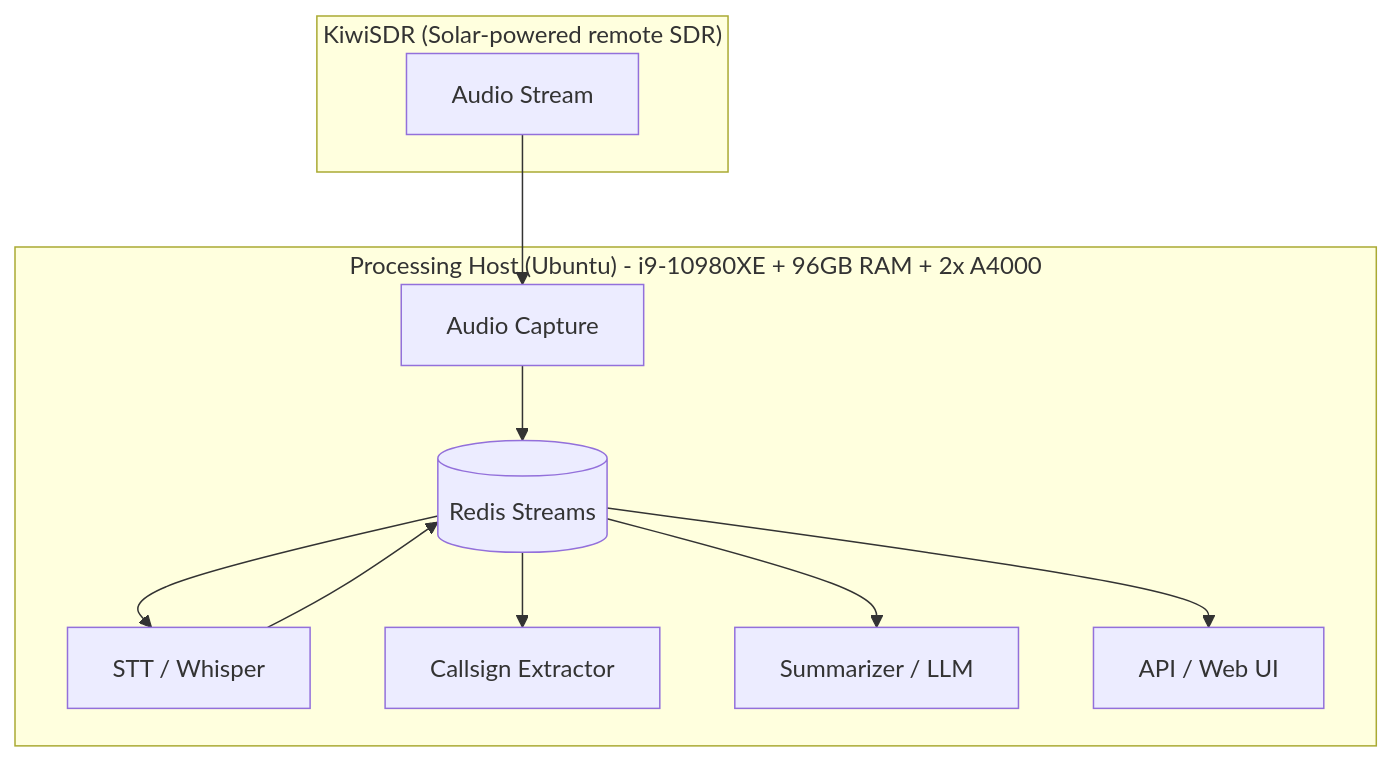
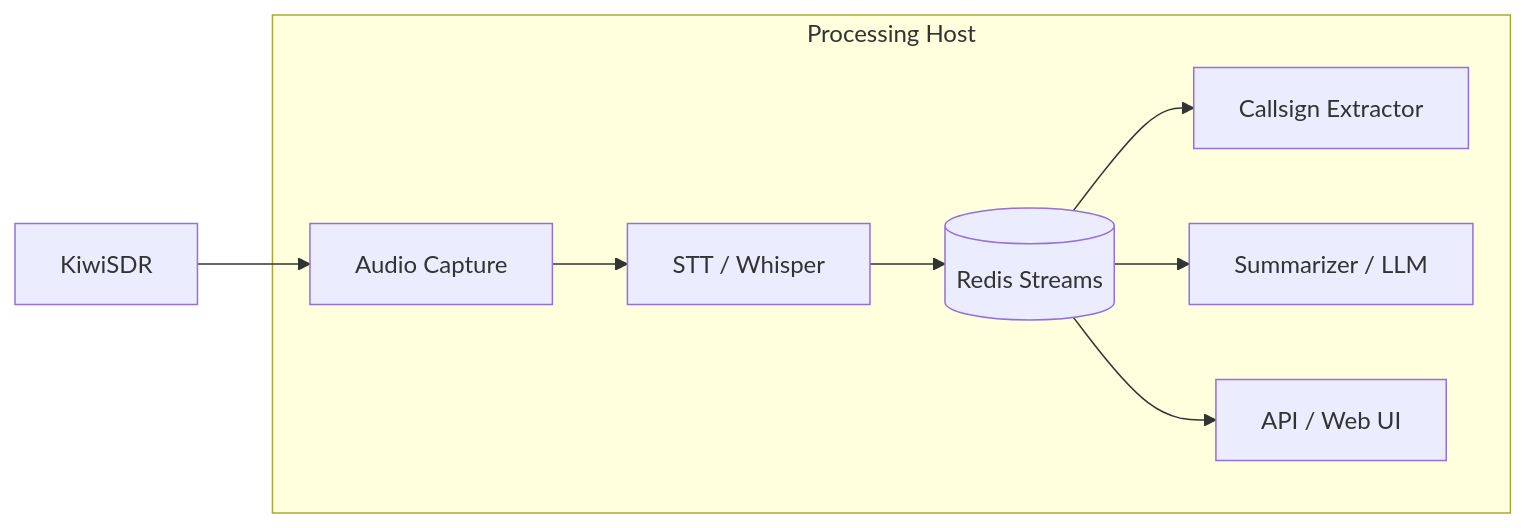
Before and after one commit to alekm/ARIS: the diagram in README.md, drawn with Mermaid.

Commit message:
Simplify Mermaid diagram layout
Use LR flow for better label positioning.

````diff
--- a/README.md
+++ b/README.md
@@ -21,23 +21,12 @@
 ```mermaid
-flowchart TB
-    subgraph SDR["KiwiSDR (Solar-powered remote SDR)"]
-        kiwi[Audio Stream]
+flowchart LR
+    kiwi[KiwiSDR] --> capture[Audio Capture]
+
+    subgraph host[Processing Host]
+        capture --> stt[STT / Whisper]
+        stt --> redis[(Redis Streams)]
+        redis --> callsign[Callsign Extractor]
+        redis --> summarizer[Summarizer / LLM]
+        redis --> api[API / Web UI]
     end
-
-    subgraph Host["Processing Host (Ubuntu) - i9-10980XE + 96GB RAM + 2x A4000"]
-        capture[Audio Capture]
-        stt[STT / Whisper]
-        redis[(Redis Streams)]
-        callsign[Callsign Extractor]
-        summarizer[Summarizer / LLM]
-        api[API / Web UI]
-    end
-
-    kiwi --> capture
-    capture --> redis
-    redis --> stt
-    stt --> redis
-    redis --> callsign
-    redis --> summarizer
-    redis --> api
 ```
````
